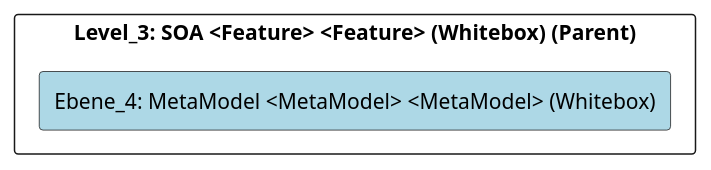
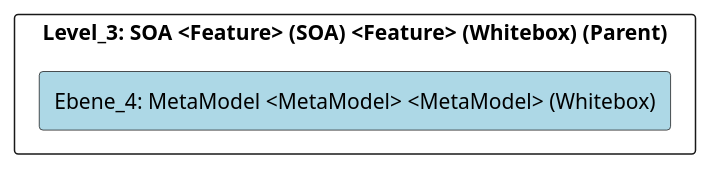
One commit to marcozwyssig/cleon changed the diagram in doc/cleonproject_deliverables_architecture_model_architecture/adoc/de/05_bausteinsicht/cleon/architecture_styles_and_patterns/soa/metamodel/ebene_4_metamodel.adoc. Above: the diagram before and after it, drawn with PlantUML. The commit also changed other lines of this file and 166 other files, not shown here.

```diff
--- a/doc/cleonproject_deliverables_architecture_model_architecture/adoc/de/05_bausteinsicht/cleon/architecture_styles_and_patterns/soa/metamodel/ebene_4_metamodel.adoc
+++ b/doc/cleonproject_deliverables_architecture_model_architecture/adoc/de/05_bausteinsicht/cleon/architecture_styles_and_patterns/soa/metamodel/ebene_4_metamodel.adoc
@@ -20,24 +20,24 @@
 [plantuml, Ebene_4: MetaModel <MetaModel> <MetaModel> (Whitebox)BlockOverview, format="svg"]
 ----
 @startuml Ebene_4: MetaModel <MetaModel> <MetaModel> (Whitebox)BuildingBlockOverview
 
 skinparam ranksep 10
 skinparam componentStyle rectangle
 skinparam shadowing false
 skinparam arrowColor lightblue
 skinparam arrowThickness 1.2
 skinparam rectangle {
   BackgroundColor White
   BorderColor #333
   RoundCorner 10
 }
 top to bottom direction
 
-component "Level_3: SOA <Feature> <Feature> (Whitebox) (Parent)" {
+component "Level_3: SOA <Feature> (SOA) <Feature> (Whitebox) (Parent)" {
     component "Ebene_4: MetaModel <MetaModel> <MetaModel> (Whitebox)" #lightblue {
     }
 
 }
 
 @enduml
 ----
```
